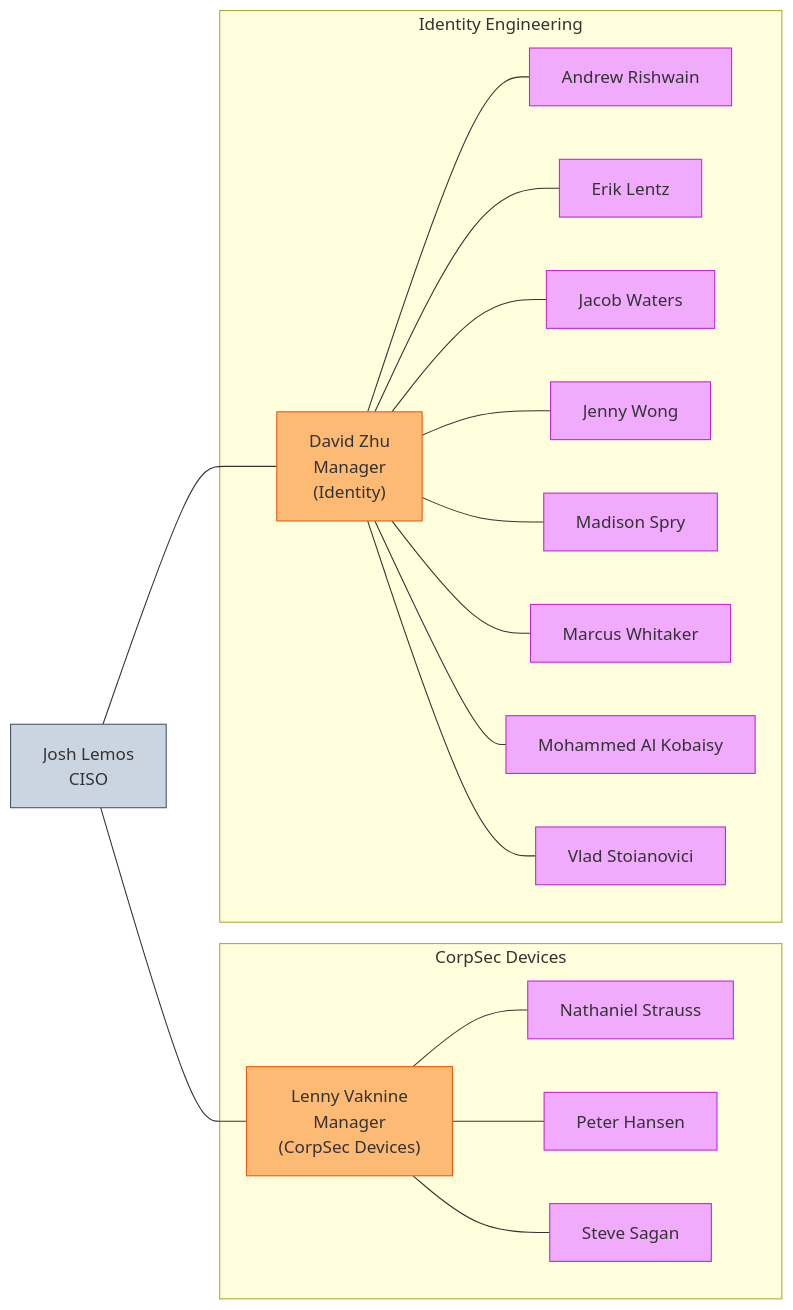
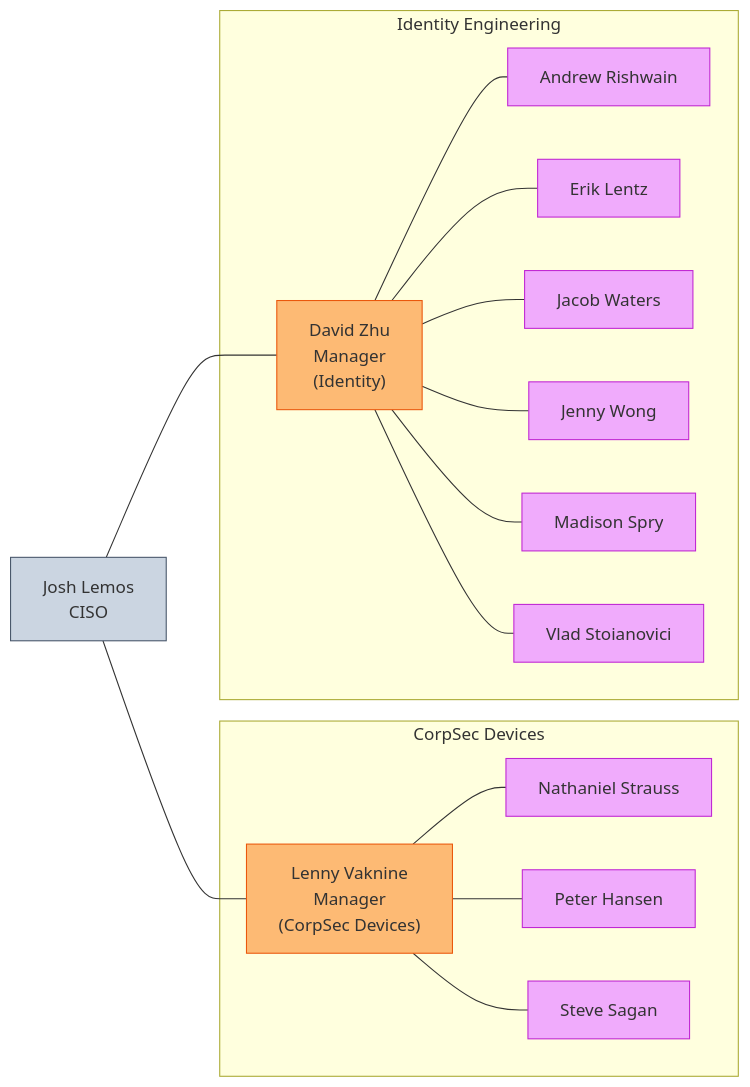
Before and after one commit to kyama0/gitlab-handbook-ja: the second of 2 diagrams in content/handbook/security/corporate/team/_index.md, drawn with Mermaid. The commit also changed other lines of this file and 96 other files, not shown here.

````diff
--- a/content/handbook/security/corporate/team/_index.md
+++ b/content/handbook/security/corporate/team/_index.md
@@ -283,51 +249,47 @@
 ```mermaid
 graph LR
 
 JLEMOS["Josh Lemos<br>CISO"]:::slate
 
 subgraph "CorpSec Devices"
 LVAKNINE["Lenny Vaknine<br>Manager<br>(CorpSec Devices)"]:::orange
 NSTRAUSS["Nathaniel Strauss"]:::fuchsia
 PHANSEN["Peter Hansen"]:::fuchsia
 SSAGAN["Steve Sagan"]:::fuchsia
 end
 
 subgraph "Identity Engineering"
 DZHU["David Zhu<br>Manager<br>(Identity)"]:::orange
 ARISHWAIN["Andrew Rishwain"]:::fuchsia
 ELENTZ["Erik Lentz"]:::fuchsia
 JWATERS["Jacob Waters"]:::fuchsia
 JWONG["Jenny Wong"]:::fuchsia
 MSPRY["Madison Spry"]:::fuchsia
-MWHITAKER["Marcus Whitaker"]:::fuchsia
-MALKOBAISY["Mohammed Al Kobaisy"]:::fuchsia
 VSTOIANOVICI["Vlad Stoianovici"]:::fuchsia
 end
 
 JLEMOS --- LVAKNINE
 JLEMOS --- DZHU
 
 
 LVAKNINE --- NSTRAUSS
 LVAKNINE --- PHANSEN
 LVAKNINE --- SSAGAN
 
 DZHU --- ARISHWAIN
 DZHU --- ELENTZ
 DZHU --- JWATERS
 DZHU --- JWONG
 DZHU --- MSPRY
-DZHU --- MWHITAKER
-DZHU --- MALKOBAISY
 DZHU --- VSTOIANOVICI
 
 classDef slate fill:#cbd5e1,stroke:#475569,stroke-width:1px;
 classDef red fill:#fca5a5,stroke:#dc2626,stroke-width:1px;
 classDef orange fill:#fdba74,stroke:#ea580c,stroke-width:1px;
 classDef yellow fill:#fcd34d,stroke:#ca8a04,stroke-width:1px;
 classDef emerald fill:#6ee7b7,stroke:#059669,stroke-width:1px;
 classDef cyan fill:#67e8f9,stroke:#0891b2,stroke-width:1px;
 classDef sky fill:#7dd3fc,stroke:#0284c7,stroke-width:1px;
 classDef violet fill:#c4b5fd,stroke:#7c3aed,stroke-width:1px;
 classDef fuchsia fill:#f0abfc,stroke:#c026d3,stroke-width:1px;
 ```
````
